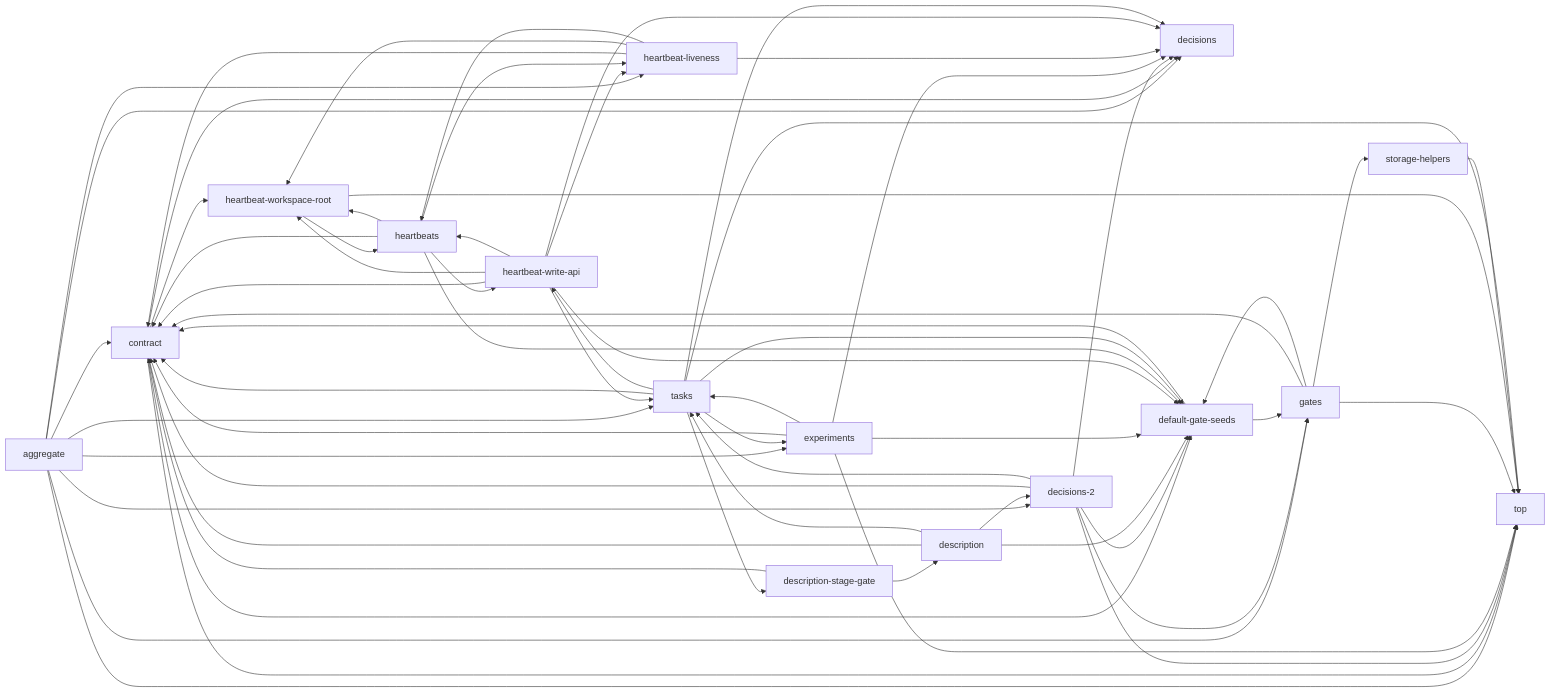
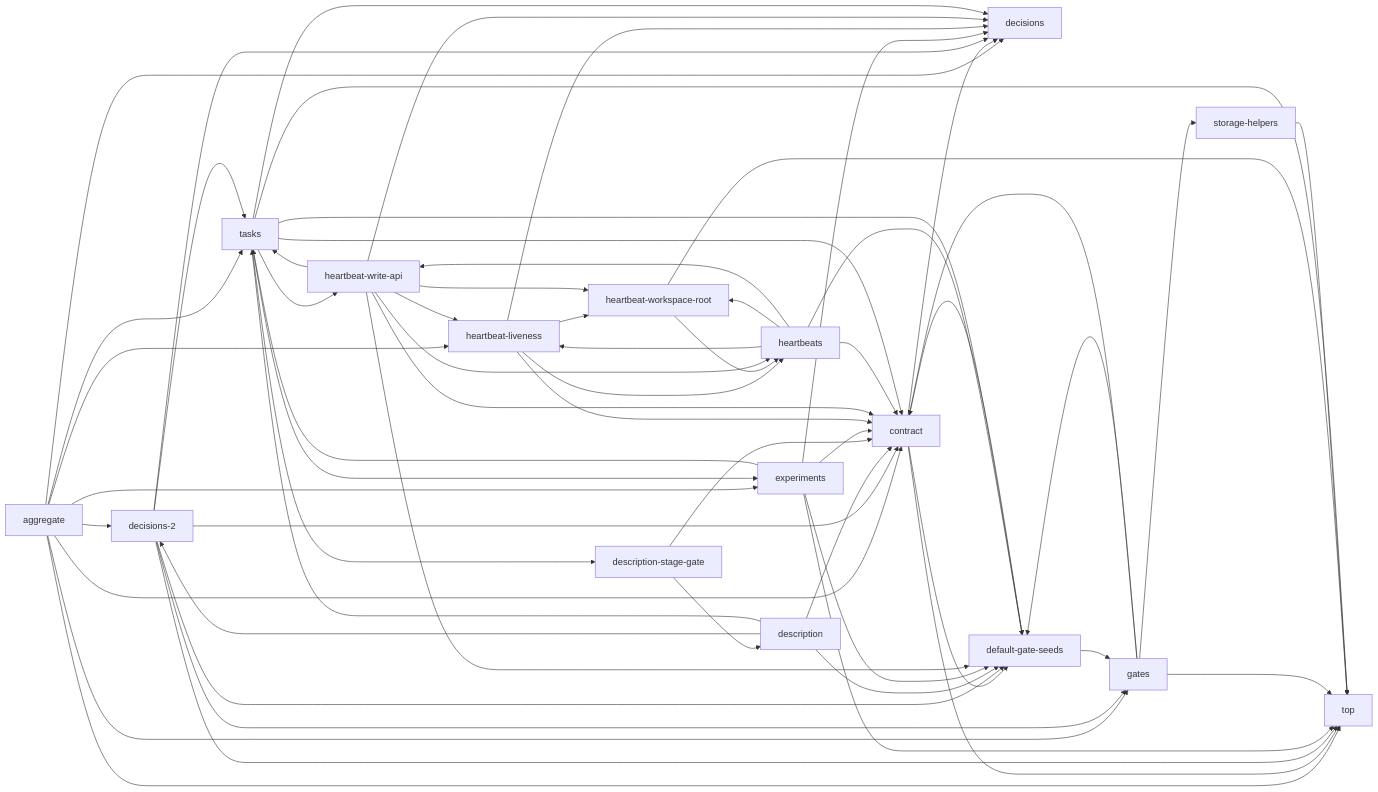
The fourth of 12 diagrams in docs/project-description.md (Han-Haocheng/project-flow), drawn with Mermaid before and after one commit. The commit also changed other lines of this file and 3 other files, not shown here.

````diff
--- a/docs/project-description.md
+++ b/docs/project-description.md
@@ -360,64 +362,63 @@
 ```mermaid
 graph LR
   m13["aggregate"] --> m2["contract"]
   m13["aggregate"] --> m1["decisions"]
   m13["aggregate"] --> m8["decisions-2"]
   m13["aggregate"] --> m5["experiments"]
   m13["aggregate"] --> m7["gates"]
   m13["aggregate"] --> m11["heartbeat-liveness"]
   m13["aggregate"] --> m6["tasks"]
   m13["aggregate"] --> m0["top"]
   m2["contract"] --> m1["decisions"]
   m2["contract"] --> m3["default-gate-seeds"]
-  m2["contract"] --> m10["heartbeat-workspace-root"]
   m2["contract"] --> m0["top"]
   m8["decisions-2"] --> m2["contract"]
   m8["decisions-2"] --> m1["decisions"]
   m8["decisions-2"] --> m3["default-gate-seeds"]
   m8["decisions-2"] --> m7["gates"]
   m8["decisions-2"] --> m6["tasks"]
   m8["decisions-2"] --> m0["top"]
   m3["default-gate-seeds"] --> m2["contract"]
   m3["default-gate-seeds"] --> m7["gates"]
   m14["description"] --> m2["contract"]
   m14["description"] --> m8["decisions-2"]
   m14["description"] --> m3["default-gate-seeds"]
   m14["description"] --> m6["tasks"]
   m15["description-stage-gate"] --> m2["contract"]
   m15["description-stage-gate"] --> m14["description"]
   m5["experiments"] --> m2["contract"]
   m5["experiments"] --> m1["decisions"]
   m5["experiments"] --> m3["default-gate-seeds"]
   m5["experiments"] --> m6["tasks"]
   m5["experiments"] --> m0["top"]
   m7["gates"] --> m2["contract"]
   m7["gates"] --> m3["default-gate-seeds"]
   m7["gates"] --> m4["storage-helpers"]
   m7["gates"] --> m0["top"]
   m11["heartbeat-liveness"] --> m2["contract"]
   m11["heartbeat-liveness"] --> m1["decisions"]
   m11["heartbeat-liveness"] --> m10["heartbeat-workspace-root"]
   m11["heartbeat-liveness"] --> m9["heartbeats"]
   m10["heartbeat-workspace-root"] --> m9["heartbeats"]
   m10["heartbeat-workspace-root"] --> m0["top"]
   m12["heartbeat-write-api"] --> m2["contract"]
   m12["heartbeat-write-api"] --> m1["decisions"]
   m12["heartbeat-write-api"] --> m3["default-gate-seeds"]
   m12["heartbeat-write-api"] --> m11["heartbeat-liveness"]
   m12["heartbeat-write-api"] --> m10["heartbeat-workspace-root"]
   m12["heartbeat-write-api"] --> m9["heartbeats"]
   m12["heartbeat-write-api"] --> m6["tasks"]
   m9["heartbeats"] --> m2["contract"]
   m9["heartbeats"] --> m3["default-gate-seeds"]
   m9["heartbeats"] --> m11["heartbeat-liveness"]
   m9["heartbeats"] --> m10["heartbeat-workspace-root"]
   m9["heartbeats"] --> m12["heartbeat-write-api"]
   m4["storage-helpers"] --> m0["top"]
   m6["tasks"] --> m2["contract"]
   m6["tasks"] --> m1["decisions"]
   m6["tasks"] --> m3["default-gate-seeds"]
   m6["tasks"] --> m15["description-stage-gate"]
   m6["tasks"] --> m5["experiments"]
   m6["tasks"] --> m12["heartbeat-write-api"]
   m6["tasks"] --> m0["top"]
 ```
````
